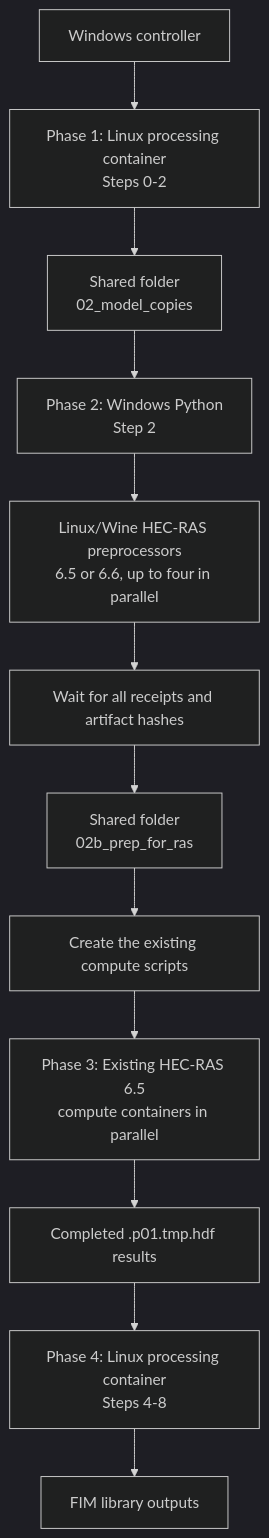
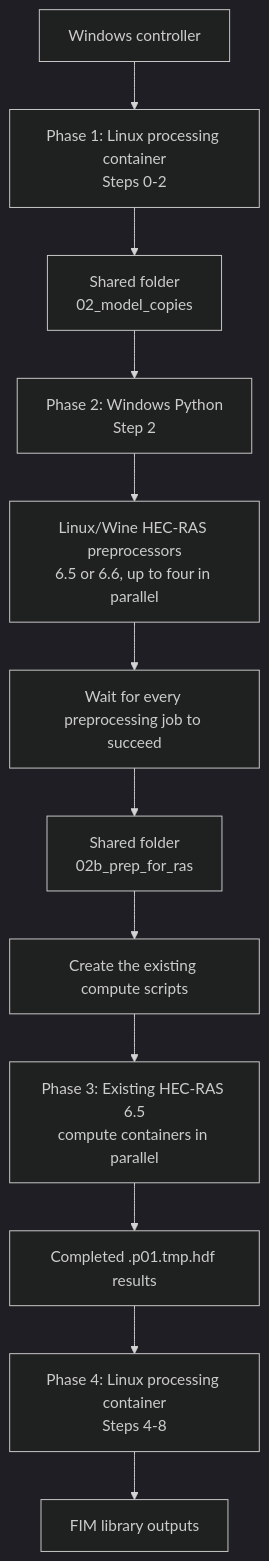
Before and after one commit to andycarter-pe/ras2fim-2d: the diagram in README.md, drawn with Mermaid (dark theme). The commit also changed other lines of this file and 13 other files, not shown here.

````diff
--- a/README.md
+++ b/README.md
@@ -130,14 +130,14 @@
 ```mermaid
 flowchart TD
     A[Windows controller] --> B[Phase 1: Linux processing container<br/>Steps 0-2]
     B --> C[Shared folder<br/>02_model_copies]
     C --> D[Phase 2: Windows Python<br/>Step 2]
     D --> E[Linux/Wine HEC-RAS preprocessors<br/>6.5 or 6.6, up to four in parallel]
-    E --> F[Wait for all receipts and artifact hashes]
+    E --> F[Wait for every preprocessing job to succeed]
     F --> G[Shared folder<br/>02b_prep_for_ras]
     G --> H[Create the existing compute scripts]
     H --> I[Phase 3: Existing HEC-RAS 6.5<br/>compute containers in parallel]
     I --> J[Completed .p01.tmp.hdf results]
     J --> K[Phase 4: Linux processing container<br/>Steps 4-8]
     K --> L[FIM library outputs]
 ```
````
